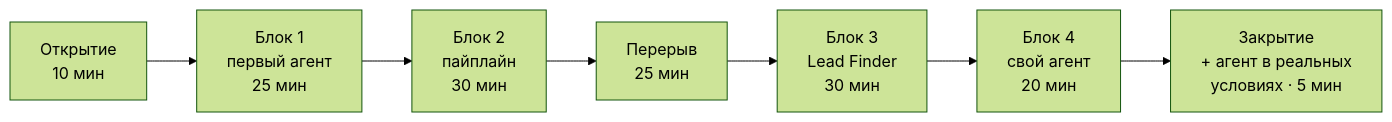
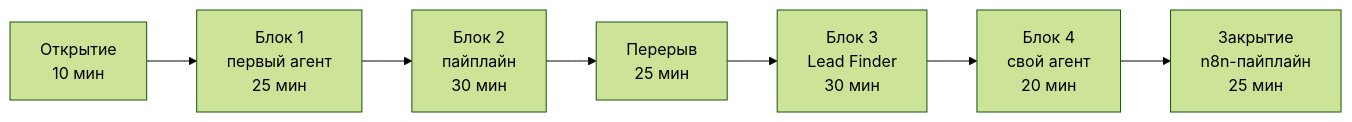
Before and after one commit to ataztech910/build_ai_agents_workshop_2026: the fifth of 5 diagrams in context/17-intro-slides-ru.md, drawn with Mermaid (forest theme). The commit also changed other lines of this file and 85 other files, not shown here.

````diff
--- a/context/17-intro-slides-ru.md
+++ b/context/17-intro-slides-ru.md
@@ -185,9 +188,9 @@
 ```mermaid
 flowchart LR
     O["Открытие\n10 мин"] --> B1["Блок 1\nпервый агент\n25 мин"]
     B1 --> B2["Блок 2\nпайплайн\n30 мин"]
     B2 --> BR["Перерыв\n25 мин"]
     BR --> B3["Блок 3\nLead Finder\n30 мин"]
     B3 --> B4["Блок 4\nсвой агент\n20 мин"]
-    B4 --> C["Закрытие\n+ агент в реальных\nусловиях · 5 мин"]
+    B4 --> C["Закрытие\nn8n-пайплайн\n25 мин"]
 ```
````
